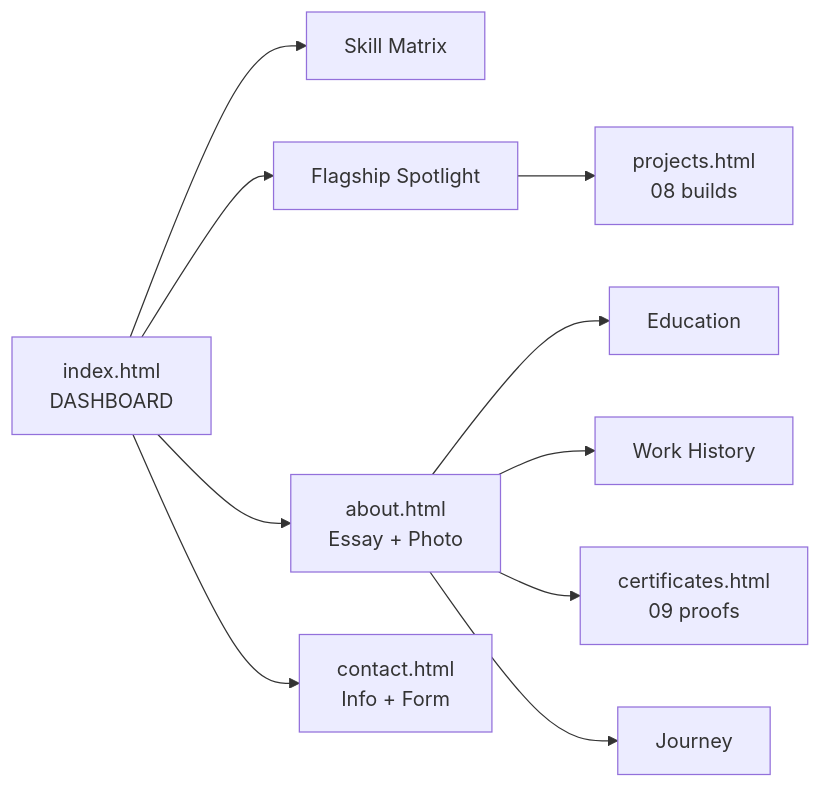
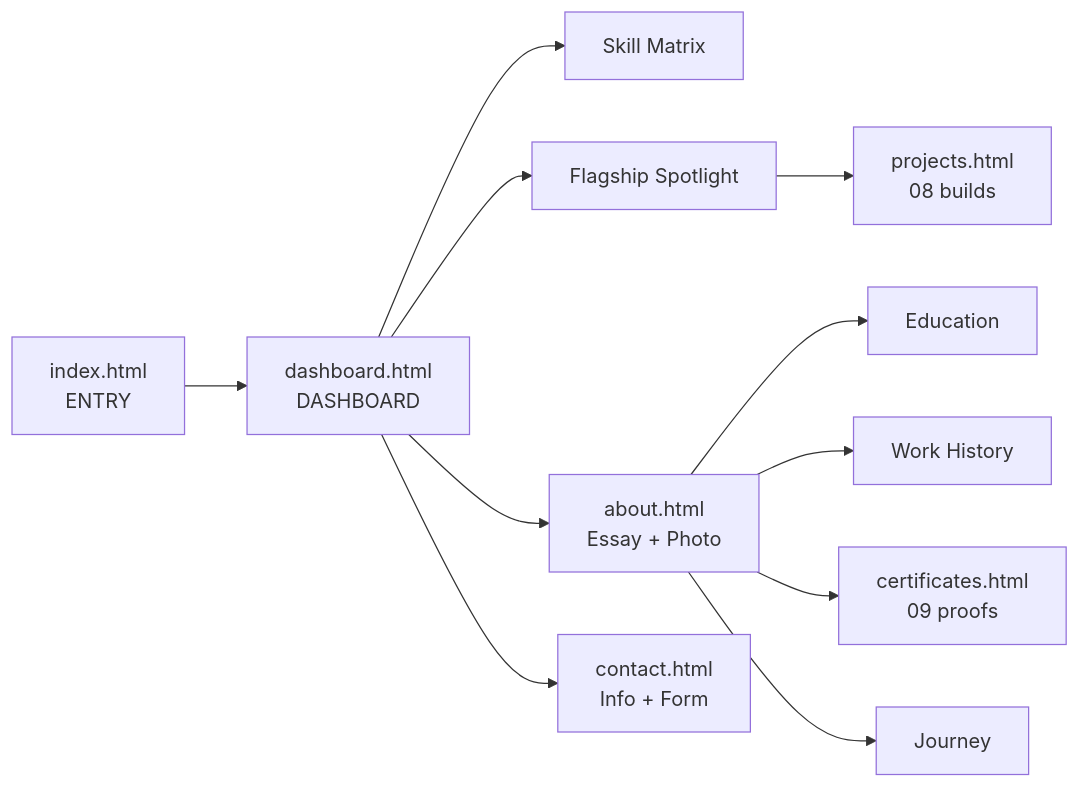
The diagram in README.md (arkap1502/portfolio), drawn with Mermaid before and after one commit. The commit also changed other lines of this file and 7 other files, not shown here.

````diff
--- a/README.md
+++ b/README.md
@@ -179,12 +179,13 @@
 ```mermaid
 flowchart LR
-    HOME[index.html<br/>DASHBOARD] --> SKILLS[Skill Matrix]
+    LAND[index.html<br/>ENTRY] --> HOME[dashboard.html<br/>DASHBOARD]
+    HOME --> SKILLS[Skill Matrix]
     HOME --> SPOT[Flagship Spotlight]
     SPOT --> ARCH[projects.html<br/>08 builds]
     HOME --> ABOUT[about.html<br/>Essay + Photo]
     ABOUT --> EDU[Education]
     ABOUT --> WORK[Work History]
     ABOUT --> CERTPAGE[certificates.html<br/>09 proofs]
     ABOUT --> JOURNEY[Journey]
     HOME --> CONTACT[contact.html<br/>Info + Form]
 ```
````
